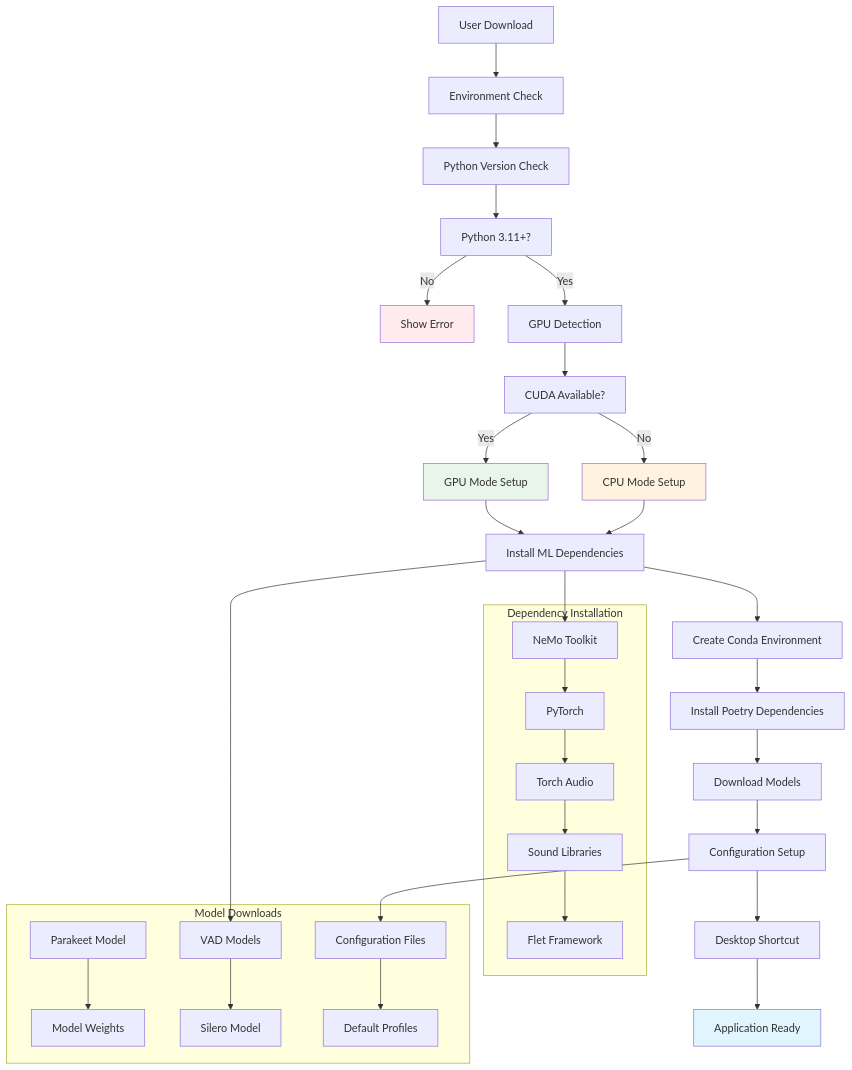
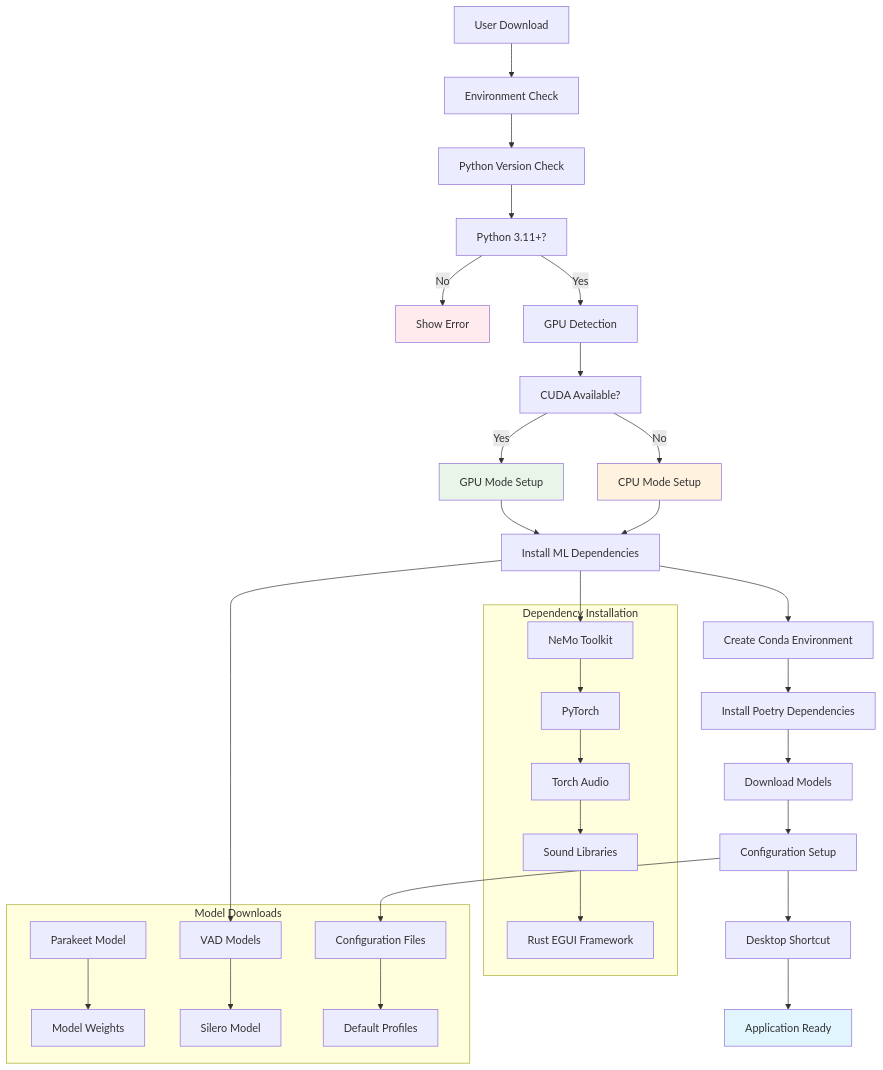
Before and after one commit to Coldaine/PersonalParakeet: the tenth of 10 diagrams in docs/analysis/system_architecture_diagram.md, drawn with Mermaid. The commit also changed other lines of this file and 36 other files, not shown here.

First line of the commit message:
docs: Update documentation to reflect Rust+EGUI architecture

````diff
--- a/docs/analysis/system_architecture_diagram.md
+++ b/docs/analysis/system_architecture_diagram.md
@@ -457,45 +457,45 @@
 ```mermaid
 graph TD
     A[User Download] --> B[Environment Check]
     B --> C[Python Version Check]
     C --> D[Python 3.11+?]
     
     D -->|No| E[Show Error]
     D -->|Yes| F[GPU Detection]
     
     F --> G[CUDA Available?]
     G -->|Yes| H[GPU Mode Setup]
     G -->|No| I[CPU Mode Setup]
     
     H --> J[Install ML Dependencies]
     I --> J
     
     J --> K[Create Conda Environment]
     K --> L[Install Poetry Dependencies]
     L --> M[Download Models]
     M --> N[Configuration Setup]
     N --> O[Desktop Shortcut]
     O --> P[Application Ready]
     
     subgraph "Dependency Installation"
         Q[NeMo Toolkit] --> R[PyTorch]
         R --> S[Torch Audio]
         S --> T[Sound Libraries]
-        T --> U[Flet Framework]
+        T --> U[Rust EGUI Framework]
     end
     
     subgraph "Model Downloads"
         V[Parakeet Model] --> W[Model Weights]
         X[VAD Models] --> Y[Silero Model]
         Z[Configuration Files] --> AA[Default Profiles]
     end
     
     J --> Q
     J --> X
     N --> Z
     
     style E fill:#ffebee
     style H fill:#e8f5e8
     style I fill:#fff3e0
     style P fill:#e1f5fe
 ```
````
